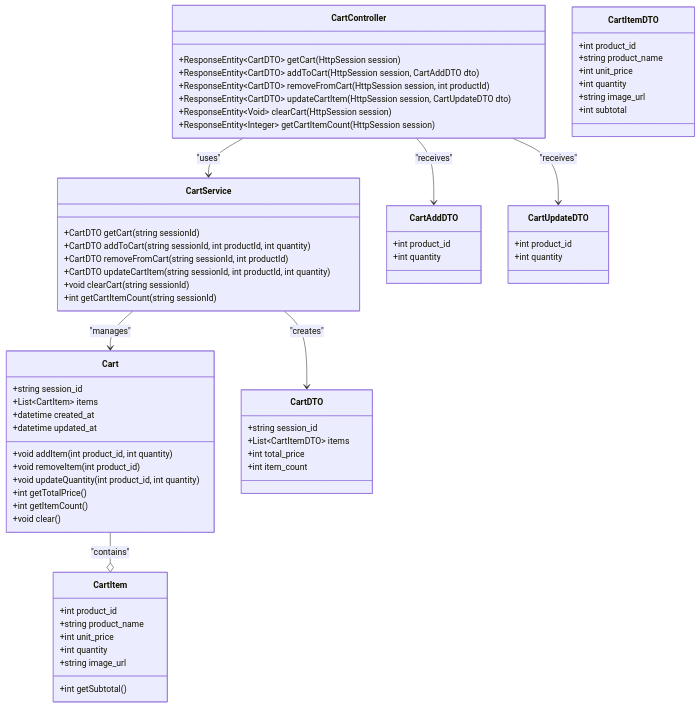
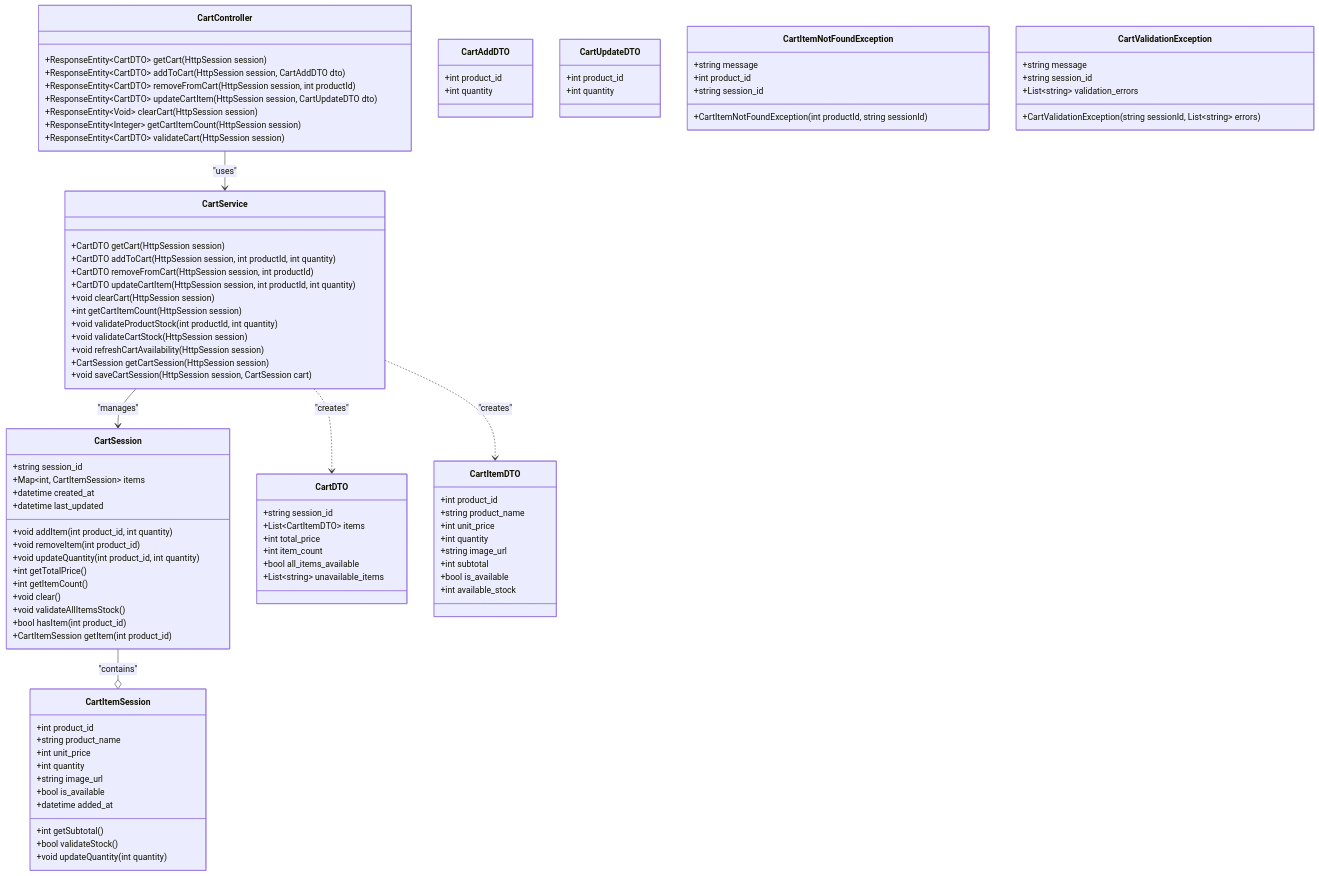
One commit to Aoi-Yaegashi/teamF changed the second of 5 diagrams in 詳細設計/担当B_西嶋/クラス図_v2.md. Above: the diagram before and after it, drawn with Mermaid. The commit also changed other lines of this file, not shown here.

Commit message:
クラス図_v2完成

````diff
--- a/詳細設計/担当B_西嶋/クラス図_v2.md
+++ b/詳細設計/担当B_西嶋/クラス図_v2.md
@@ -120,12 +190,14 @@
 ```mermaid
-
 classDiagram
-    %% カート機能（セッション管理）
-    class Cart {
+    %% カート機能のクラス群
+    %% セッション管理のためRepositoryは不要
+    
+    %% 1. セッション管理クラス（Entity代替）
+    class CartSession {
         +string session_id
-        +List~CartItem~ items
+        +Map~int, CartItemSession~ items
         +datetime created_at
-        +datetime updated_at
+        +datetime last_updated
         
         +void addItem(int product_id, int quantity)
         +void removeItem(int product_id)
@@ -133,27 +205,44 @@
         +int getTotalPrice()
         +int getItemCount()
         +void clear()
+        +void validateAllItemsStock()
+        +bool hasItem(int product_id)
+        +CartItemSession getItem(int product_id)
     }
     
-    class CartItem {
+    class CartItemSession {
         +int product_id
         +string product_name
         +int unit_price
         +int quantity
         +string image_url
+        +bool is_available
+        +datetime added_at
         
         +int getSubtotal()
+        +bool validateStock()
+        +void updateQuantity(int quantity)
     }
     
+    %% 2. Repositoryインタフェース（セッション管理のため不要）
+    %% カート情報はHttpSessionで管理するためRepositoryは不要
+    
+    %% 3. Serviceクラス
     class CartService {
-        +CartDTO getCart(string sessionId)
-        +CartDTO addToCart(string sessionId, int productId, int quantity)
-        +CartDTO removeFromCart(string sessionId, int productId)
-        +CartDTO updateCartItem(string sessionId, int productId, int quantity)
-        +void clearCart(string sessionId)
-        +int getCartItemCount(string sessionId)
+        +CartDTO getCart(HttpSession session)
+        +CartDTO addToCart(HttpSession session, int productId, int quantity)
+        +CartDTO removeFromCart(HttpSession session, int productId)
+        +CartDTO updateCartItem(HttpSession session, int productId, int quantity)
+        +void clearCart(HttpSession session)
+        +int getCartItemCount(HttpSession session)
+        +void validateProductStock(int productId, int quantity)
+        +void validateCartStock(HttpSession session)
+        +void refreshCartAvailability(HttpSession session)
+        +CartSession getCartSession(HttpSession session)
+        +void saveCartSession(HttpSession session, CartSession cart)
     }
     
+    %% 4. Controllerクラス
     class CartController {
         +ResponseEntity~CartDTO~ getCart(HttpSession session)
         +ResponseEntity~CartDTO~ addToCart(HttpSession session, CartAddDTO dto)
@@ -161,13 +250,17 @@
         +ResponseEntity~CartDTO~ updateCartItem(HttpSession session, CartUpdateDTO dto)
         +ResponseEntity~Void~ clearCart(HttpSession session)
         +ResponseEntity~Integer~ getCartItemCount(HttpSession session)
+        +ResponseEntity~CartDTO~ validateCart(HttpSession session)
     }
     
+    %% 5. DTOクラス
     class CartDTO {
         +string session_id
         +List~CartItemDTO~ items
         +int total_price
         +int item_count
+        +bool all_items_available
+        +List~string~ unavailable_items
     }
     
     class CartItemDTO {
@@ -177,6 +270,8 @@
         +int quantity
         +string image_url
         +int subtotal
+        +bool is_available
+        +int available_stock
     }
     
     class CartAddDTO {
@@ -189,12 +284,25 @@
         +int quantity
     }
     
+    %% 例外クラス
+    class CartItemNotFoundException {
+        +string message
+        +int product_id
+        +string session_id
+        +CartItemNotFoundException(int productId, string sessionId)
+    }
+    
+    class CartValidationException {
+        +string message
+        +string session_id
+        +List~string~ validation_errors
+        +CartValidationException(string sessionId, List~string~ errors)
+    }
+    
     %% 関係
-    Cart --o CartItem : "contains"
-    CartService --> Cart : "manages"
+    CartSession --o CartItemSession : "contains"
+    CartService --> CartSession : "manages"
     CartController --> CartService : "uses"
-    CartService --> CartDTO : "creates"
-    CartController --> CartAddDTO : "receives"
-    CartController --> CartUpdateDTO : "receives"
-
+    CartService ..> CartDTO : "creates"
+    CartService ..> CartItemDTO : "creates"
 ```
````
